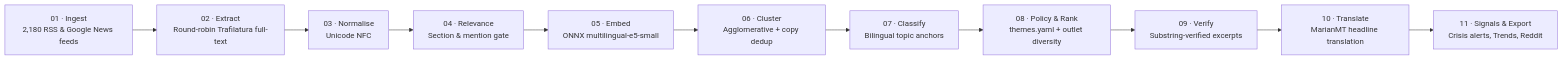
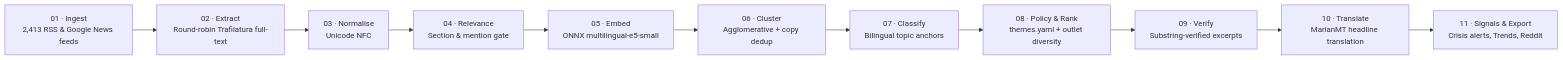
Before and after one commit to gergkar-gif/argos-monitor: the diagram in README.md, drawn with Mermaid. The commit also changed other lines of this file and 108 other files, not shown here.

Commit message:
feat(europe): expand direct newspaper RSS coverage, fix broken feeds, and harden relevance across 45 European desks

````diff
--- a/README.md
+++ b/README.md
@@ -39,13 +39,13 @@
 ```mermaid
 flowchart LR
-    A["01 · Ingest<br/>2,180 RSS & Google News feeds"] --> B["02 · Extract<br/>Round-robin Trafilatura full-text"]
+    A["01 · Ingest<br/>2,413 RSS & Google News feeds"] --> B["02 · Extract<br/>Round-robin Trafilatura full-text"]
     B --> C["03 · Normalise<br/>Unicode NFC"]
     C --> D["04 · Relevance<br/>Section & mention gate"]
     D --> E["05 · Embed<br/>ONNX multilingual-e5-small"]
     E --> F["06 · Cluster<br/>Agglomerative + copy dedup"]
     F --> G["07 · Classify<br/>Bilingual topic anchors"]
     G --> H["08 · Policy & Rank<br/>themes.yaml + outlet diversity"]
     H --> I["09 · Verify<br/>Substring-verified excerpts"]
     I --> J["10 · Translate<br/>MarianMT headline translation"]
     J --> K["11 · Signals & Export<br/>Crisis alerts, Trends, Reddit"]
 ```
````
